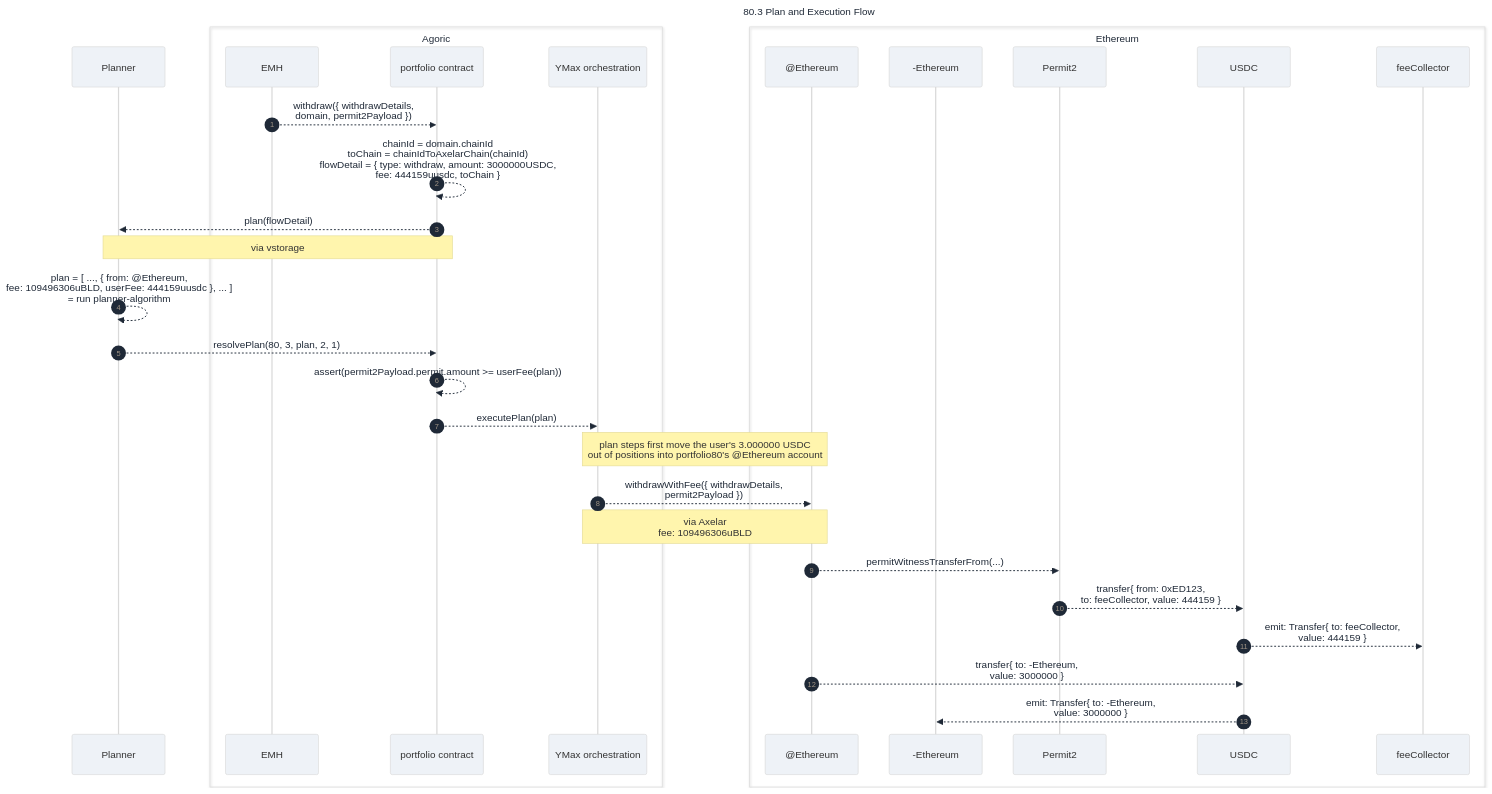
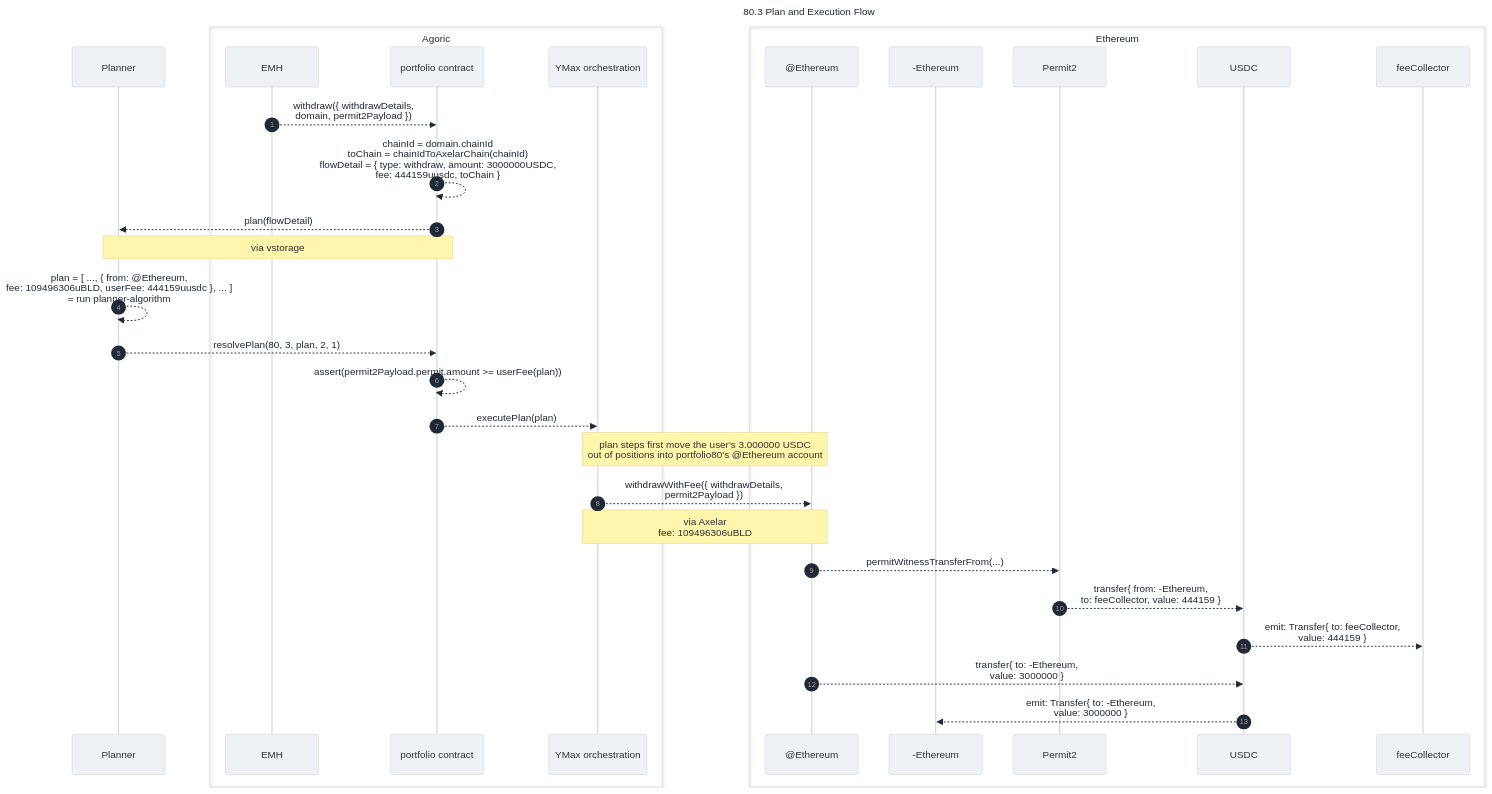
Before and after one commit to Agoric/agoric-sdk: the third of 4 diagrams in packages/portfolio-contract/docs-design/user-fees.md, drawn with Mermaid. The commit also changed other lines of this file, not shown here.

Commit message:
docs(user-fees): fix flow prose

````diff
--- a/packages/portfolio-contract/docs-design/user-fees.md
+++ b/packages/portfolio-contract/docs-design/user-fees.md
@@ -204,37 +193,37 @@
 ```mermaid
 %%{init: {'theme': 'base', 'themeVariables': {'background': '#f3f4f6', 'primaryColor': '#eef2f7', 'secondaryColor': '#e9eef5', 'tertiaryColor': '#f6f8fb', 'lineColor': '#5f6b7a', 'textColor': '#1f2937'}, 'themeCSS': '.sequenceNumber { font-size: 14px !important; font-weight: 600; }'}}%%
 sequenceDiagram
     title 80.3 Plan and Execution Flow
     autonumber
 
     participant ypr as Planner
     box Agoric
     participant emh as EMH
     participant portfolio as portfolio contract
     participant orch as YMax orchestration
     end
     box Ethereum
     participant acctEth as @Ethereum
     participant userEth as -Ethereum
     participant p2 as Permit2
     participant usdc as USDC
     participant feeCollector as feeCollector
     end
 
     emh-->>portfolio: withdraw({ withdrawDetails,<br/>domain, permit2Payload })
     portfolio-->>portfolio: chainId = domain.chainId<br/>toChain = chainIdToAxelarChain(chainId)<br/>flowDetail = { type: withdraw, amount: 3000000USDC,<br/>fee: 444159uusdc, toChain }
     portfolio-->>ypr: plan(flowDetail)
     Note over portfolio,ypr: via vstorage
     ypr-->>ypr: plan = [ ..., { from: @Ethereum,<br/>fee: 109496306uBLD, userFee: 444159uusdc }, ... ]<br/>= run planner-algorithm
     ypr-->>portfolio: resolvePlan(80, 3, plan, 2, 1)
     portfolio-->>portfolio: assert(permit2Payload.permit.amount >= userFee(plan))
     portfolio-->>orch: executePlan(plan)
     Note over orch,acctEth: plan steps first move the user's 3.000000 USDC<br/>out of positions into portfolio80's @Ethereum account
     orch-->>acctEth: withdrawWithFee({ withdrawDetails,<br/>permit2Payload })
     Note over orch,acctEth: via Axelar<br/>fee: 109496306uBLD
     acctEth-->>p2: permitWitnessTransferFrom(...)
-    p2-->>usdc: transfer{ from: 0xED123,<br/>to: feeCollector, value: 444159 }
+    p2-->>usdc: transfer{ from: -Ethereum,<br/>to: feeCollector, value: 444159 }
     usdc-->>feeCollector: emit: Transfer{ to: feeCollector,<br/>value: 444159 }
     acctEth-->>usdc: transfer{ to: -Ethereum,<br/>value: 3000000 }
     usdc-->>userEth: emit: Transfer{ to: -Ethereum,<br/>value: 3000000 }
 ```
````
